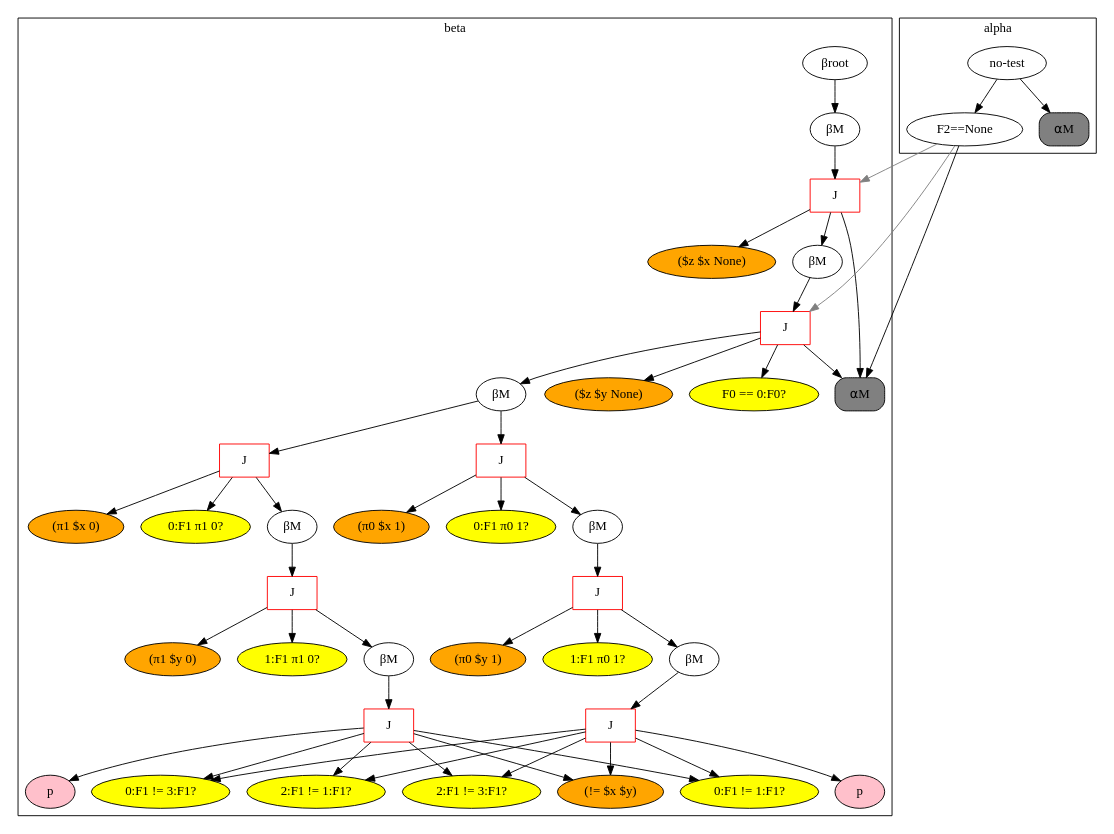
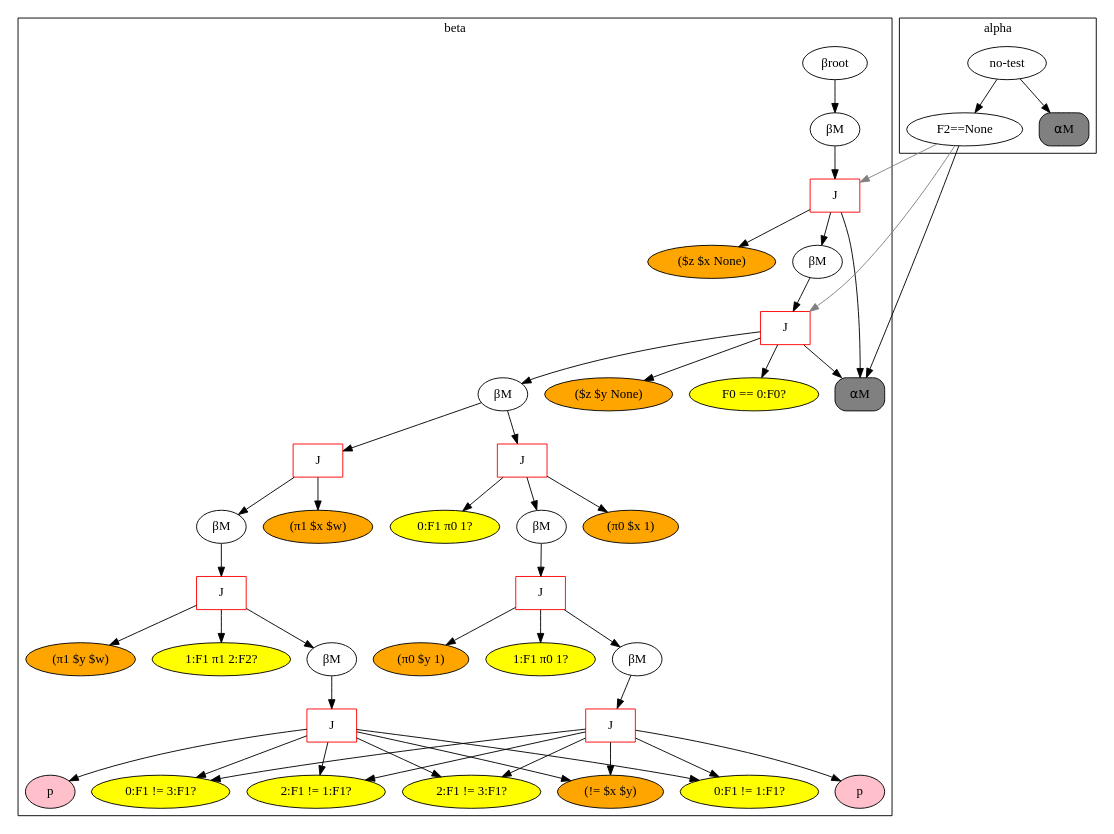
The diagram in rete.dot (Cybernetic1/GIRL), drawn with Graphviz before and after one commit. The commit also changed 4 other files, not shown here.

```diff
--- a/rete.dot
+++ b/rete.dot
@@ -1,94 +1,92 @@
 digraph {
 	subgraph cluster_1 {
 	label = beta
-	"BetaNode 0x7f02a5c1ef60" [label="βroot"];
-	"BetaNode 0x7f02a5c1ef60" -> "BetaMemory 0x7f02a5be7c88";
-	"BetaMemory 0x7f02a5be7c88" [label="βM"];
-	"BetaMemory 0x7f02a5be7c88" -> "JoinNode 0x7f02a5be7d68";
-	"JoinNode 0x7f02a5be7d68" [shape=box,color=red,label="J"];
-	"JoinNode 0x7f02a5be7d68" -> "⍺M:<rete.alpha.AlphaMemory object at 0x7f02a5be7d30>"
+	"BetaNode 0x7fda1fb5af98" [label="βroot"];
+	"BetaNode 0x7fda1fb5af98" -> "BetaMemory 0x7fda1fb843c8";
+	"BetaMemory 0x7fda1fb843c8" [label="βM"];
+	"BetaMemory 0x7fda1fb843c8" -> "JoinNode 0x7fda1fb844a8";
+	"JoinNode 0x7fda1fb844a8" [shape=box,color=red,label="J"];
+	"JoinNode 0x7fda1fb844a8" -> "⍺M:<rete.alpha.AlphaMemory object at 0x7fda1fb84470>"
 	"($z $x None)" [style=filled,fillcolor=orange];
-	"JoinNode 0x7f02a5be7d68" -> "($z $x None)"
-	"JoinNode 0x7f02a5be7d68" -> "BetaMemory 0x7f02a5be7da0";
-	"BetaMemory 0x7f02a5be7da0" [label="βM"];
-	"BetaMemory 0x7f02a5be7da0" -> "JoinNode 0x7f02a5be7dd8";
-	"JoinNode 0x7f02a5be7dd8" [shape=box,color=red,label="J"];
-	"JoinNode 0x7f02a5be7dd8" -> "⍺M:<rete.alpha.AlphaMemory object at 0x7f02a5be7d30>"
+	"JoinNode 0x7fda1fb844a8" -> "($z $x None)"
+	"JoinNode 0x7fda1fb844a8" -> "BetaMemory 0x7fda1fb844e0";
+	"BetaMemory 0x7fda1fb844e0" [label="βM"];
+	"BetaMemory 0x7fda1fb844e0" -> "JoinNode 0x7fda1fb84518";
+	"JoinNode 0x7fda1fb84518" [shape=box,color=red,label="J"];
+	"JoinNode 0x7fda1fb84518" -> "⍺M:<rete.alpha.AlphaMemory object at 0x7fda1fb84470>"
 	"($z $y None)" [style=filled,fillcolor=orange];
-	"JoinNode 0x7f02a5be7dd8" -> "($z $y None)"
+	"JoinNode 0x7fda1fb84518" -> "($z $y None)"
 	"F0 == 0:F0?" [style=filled,fillcolor=yellow];
-	"JoinNode 0x7f02a5be7dd8" -> "F0 == 0:F0?"
-	"JoinNode 0x7f02a5be7dd8" -> "BetaMemory 0x7f02a5be7e10";
-	"BetaMemory 0x7f02a5be7e10" [label="βM"];
-	"BetaMemory 0x7f02a5be7e10" -> "JoinNode 0x7f02a5be7e80";
-	"JoinNode 0x7f02a5be7e80" [shape=box,color=red,label="J"];
-	"(π1 $x 0)" [style=filled,fillcolor=orange];
-	"JoinNode 0x7f02a5be7e80" -> "(π1 $x 0)"
-	"0:F1 π1 0?" [style=filled,fillcolor=yellow];
-	"JoinNode 0x7f02a5be7e80" -> "0:F1 π1 0?"
-	"JoinNode 0x7f02a5be7e80" -> "BetaMemory 0x7f02a5be7ef0";
-	"BetaMemory 0x7f02a5be7ef0" [label="βM"];
-	"BetaMemory 0x7f02a5be7ef0" -> "JoinNode 0x7f02a5be7f28";
-	"JoinNode 0x7f02a5be7f28" [shape=box,color=red,label="J"];
-	"(π1 $y 0)" [style=filled,fillcolor=orange];
-	"JoinNode 0x7f02a5be7f28" -> "(π1 $y 0)"
-	"1:F1 π1 0?" [style=filled,fillcolor=yellow];
-	"JoinNode 0x7f02a5be7f28" -> "1:F1 π1 0?"
-	"JoinNode 0x7f02a5be7f28" -> "BetaMemory 0x7f02a5be7f98";
-	"BetaMemory 0x7f02a5be7f98" [label="βM"];
-	"BetaMemory 0x7f02a5be7f98" -> "JoinNode 0x7f02a5be7fd0";
-	"JoinNode 0x7f02a5be7fd0" [shape=box,color=red,label="J"];
+	"JoinNode 0x7fda1fb84518" -> "F0 == 0:F0?"
+	"JoinNode 0x7fda1fb84518" -> "BetaMemory 0x7fda1fb84550";
+	"BetaMemory 0x7fda1fb84550" [label="βM"];
+	"BetaMemory 0x7fda1fb84550" -> "JoinNode 0x7fda1fb845c0";
+	"JoinNode 0x7fda1fb845c0" [shape=box,color=red,label="J"];
+	"(π1 $x $w)" [style=filled,fillcolor=orange];
+	"JoinNode 0x7fda1fb845c0" -> "(π1 $x $w)"
+	"JoinNode 0x7fda1fb845c0" -> "BetaMemory 0x7fda1fb845f8";
+	"BetaMemory 0x7fda1fb845f8" [label="βM"];
+	"BetaMemory 0x7fda1fb845f8" -> "JoinNode 0x7fda1fb84630";
+	"JoinNode 0x7fda1fb84630" [shape=box,color=red,label="J"];
+	"(π1 $y $w)" [style=filled,fillcolor=orange];
+	"JoinNode 0x7fda1fb84630" -> "(π1 $y $w)"
+	"1:F1 π1 2:F2?" [style=filled,fillcolor=yellow];
+	"JoinNode 0x7fda1fb84630" -> "1:F1 π1 2:F2?"
+	"JoinNode 0x7fda1fb84630" -> "BetaMemory 0x7fda1fb84668";
+	"BetaMemory 0x7fda1fb84668" [label="βM"];
+	"BetaMemory 0x7fda1fb84668" -> "JoinNode 0x7fda1fb846d8";
+	"JoinNode 0x7fda1fb846d8" [shape=box,color=red,label="J"];
 	"(!= $x $y)" [style=filled,fillcolor=orange];
-	"JoinNode 0x7f02a5be7fd0" -> "(!= $x $y)"
+	"JoinNode 0x7fda1fb846d8" -> "(!= $x $y)"
 	"0:F1 != 1:F1?" [style=filled,fillcolor=yellow];
-	"JoinNode 0x7f02a5be7fd0" -> "0:F1 != 1:F1?"
+	"JoinNode 0x7fda1fb846d8" -> "0:F1 != 1:F1?"
 	"0:F1 != 3:F1?" [style=filled,fillcolor=yellow];
-	"JoinNode 0x7f02a5be7fd0" -> "0:F1 != 3:F1?"
+	"JoinNode 0x7fda1fb846d8" -> "0:F1 != 3:F1?"
 	"2:F1 != 1:F1?" [style=filled,fillcolor=yellow];
-	"JoinNode 0x7f02a5be7fd0" -> "2:F1 != 1:F1?"
+	"JoinNode 0x7fda1fb846d8" -> "2:F1 != 1:F1?"
 	"2:F1 != 3:F1?" [style=filled,fillcolor=yellow];
-	"JoinNode 0x7f02a5be7fd0" -> "2:F1 != 3:F1?"
-	"JoinNode 0x7f02a5be7fd0" -> "PNode 0x7f02a5be7c50";
-	"PNode 0x7f02a5be7c50" [style=filled,fillcolor=pink,label="p"];
-	"BetaMemory 0x7f02a5be7e10" -> "JoinNode 0x7f02a5b6a320";
-	"JoinNode 0x7f02a5b6a320" [shape=box,color=red,label="J"];
+	"JoinNode 0x7fda1fb846d8" -> "2:F1 != 3:F1?"
+	"JoinNode 0x7fda1fb846d8" -> "PNode 0x7fda1fb84390";
+	"PNode 0x7fda1fb84390" [style=filled,fillcolor=pink,label="p"];
+	"BetaMemory 0x7fda1fb84550" -> "JoinNode 0x7fda1fb849e8";
+	"JoinNode 0x7fda1fb849e8" [shape=box,color=red,label="J"];
 	"(π0 $x 1)" [style=filled,fillcolor=orange];
-	"JoinNode 0x7f02a5b6a320" -> "(π0 $x 1)"
+	"JoinNode 0x7fda1fb849e8" -> "(π0 $x 1)"
 	"0:F1 π0 1?" [style=filled,fillcolor=yellow];
-	"JoinNode 0x7f02a5b6a320" -> "0:F1 π0 1?"
-	"JoinNode 0x7f02a5b6a320" -> "BetaMemory 0x7f02a5b6a2b0";
-	"BetaMemory 0x7f02a5b6a2b0" [label="βM"];
-	"BetaMemory 0x7f02a5b6a2b0" -> "JoinNode 0x7f02a5b6a358";
-	"JoinNode 0x7f02a5b6a358" [shape=box,color=red,label="J"];
+	"JoinNode 0x7fda1fb849e8" -> "0:F1 π0 1?"
+	"JoinNode 0x7fda1fb849e8" -> "BetaMemory 0x7fda1fb84978";
+	"BetaMemory 0x7fda1fb84978" [label="βM"];
+	"BetaMemory 0x7fda1fb84978" -> "JoinNode 0x7fda1fb84a20";
+	"JoinNode 0x7fda1fb84a20" [shape=box,color=red,label="J"];
 	"(π0 $y 1)" [style=filled,fillcolor=orange];
-	"JoinNode 0x7f02a5b6a358" -> "(π0 $y 1)"
+	"JoinNode 0x7fda1fb84a20" -> "(π0 $y 1)"
 	"1:F1 π0 1?" [style=filled,fillcolor=yellow];
-	"JoinNode 0x7f02a5b6a358" -> "1:F1 π0 1?"
-	"JoinNode 0x7f02a5b6a358" -> "BetaMemory 0x7f02a5b6a3c8";
-	"BetaMemory 0x7f02a5b6a3c8" [label="βM"];
-	"BetaMemory 0x7f02a5b6a3c8" -> "JoinNode 0x7f02a5b6a400";
-	"JoinNode 0x7f02a5b6a400" [shape=box,color=red,label="J"];
+	"JoinNode 0x7fda1fb84a20" -> "1:F1 π0 1?"
+	"JoinNode 0x7fda1fb84a20" -> "BetaMemory 0x7fda1fb84a90";
+	"BetaMemory 0x7fda1fb84a90" [label="βM"];
+	"BetaMemory 0x7fda1fb84a90" -> "JoinNode 0x7fda1fb84ac8";
+	"JoinNode 0x7fda1fb84ac8" [shape=box,color=red,label="J"];
 	"(!= $x $y)" [style=filled,fillcolor=orange];
-	"JoinNode 0x7f02a5b6a400" -> "(!= $x $y)"
+	"JoinNode 0x7fda1fb84ac8" -> "(!= $x $y)"
 	"0:F1 != 1:F1?" [style=filled,fillcolor=yellow];
-	"JoinNode 0x7f02a5b6a400" -> "0:F1 != 1:F1?"
+	"JoinNode 0x7fda1fb84ac8" -> "0:F1 != 1:F1?"
 	"0:F1 != 3:F1?" [style=filled,fillcolor=yellow];
-	"JoinNode 0x7f02a5b6a400" -> "0:F1 != 3:F1?"
+	"JoinNode 0x7fda1fb84ac8" -> "0:F1 != 3:F1?"
 	"2:F1 != 1:F1?" [style=filled,fillcolor=yellow];
-	"JoinNode 0x7f02a5b6a400" -> "2:F1 != 1:F1?"
+	"JoinNode 0x7fda1fb84ac8" -> "2:F1 != 1:F1?"
 	"2:F1 != 3:F1?" [style=filled,fillcolor=yellow];
-	"JoinNode 0x7f02a5b6a400" -> "2:F1 != 3:F1?"
-	"JoinNode 0x7f02a5b6a400" -> "PNode 0x7f02a5b6a278";
-	"PNode 0x7f02a5b6a278" [style=filled,fillcolor=pink,label="p"];
+	"JoinNode 0x7fda1fb84ac8" -> "2:F1 != 3:F1?"
+	"JoinNode 0x7fda1fb84ac8" -> "PNode 0x7fda1fb84940";
+	"PNode 0x7fda1fb84940" [style=filled,fillcolor=pink,label="p"];
 	}
 	subgraph cluster_0 {
 	label = alpha
 	"no-test" -> "F2==None";
-	"F2==None" -> "⍺M:<rete.alpha.AlphaMemory object at 0x7f02a5be7d30>";
-	"⍺M:<rete.alpha.AlphaMemory object at 0x7f02a5be7d30>" [shape=box, style="rounded,filled", label="⍺M", fillcolor=gray];
-	"no-test" -> "⍺M:<rete.alpha.AlphaMemory object at 0x7f02a5c1ec18>";
-	"⍺M:<rete.alpha.AlphaMemory object at 0x7f02a5c1ec18>" [shape=box, style="rounded,filled", label="⍺M", fillcolor=gray];
+	"F2==None" -> "⍺M:<rete.alpha.AlphaMemory object at 0x7fda1fb84470>";
+	"⍺M:<rete.alpha.AlphaMemory object at 0x7fda1fb84470>" [shape=box, style="rounded,filled", label="⍺M", fillcolor=gray];
+	"no-test" -> "⍺M:<rete.alpha.AlphaMemory object at 0x7fda1fb5ac50>";
+	"⍺M:<rete.alpha.AlphaMemory object at 0x7fda1fb5ac50>" [shape=box, style="rounded,filled", label="⍺M", fillcolor=gray];
 	}
-	"F2==None" -> "JoinNode 0x7f02a5be7d68" [color=gray];
-	"F2==None" -> "JoinNode 0x7f02a5be7dd8" [color=gray];
+	"F2==None" -> "JoinNode 0x7fda1fb844a8" [color=gray];
+	"F2==None" -> "JoinNode 0x7fda1fb84518" [color=gray];
 }
```
